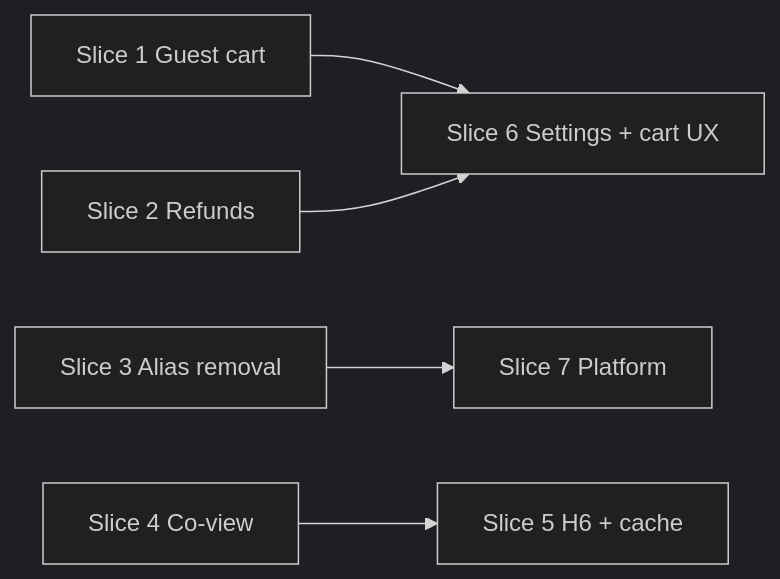
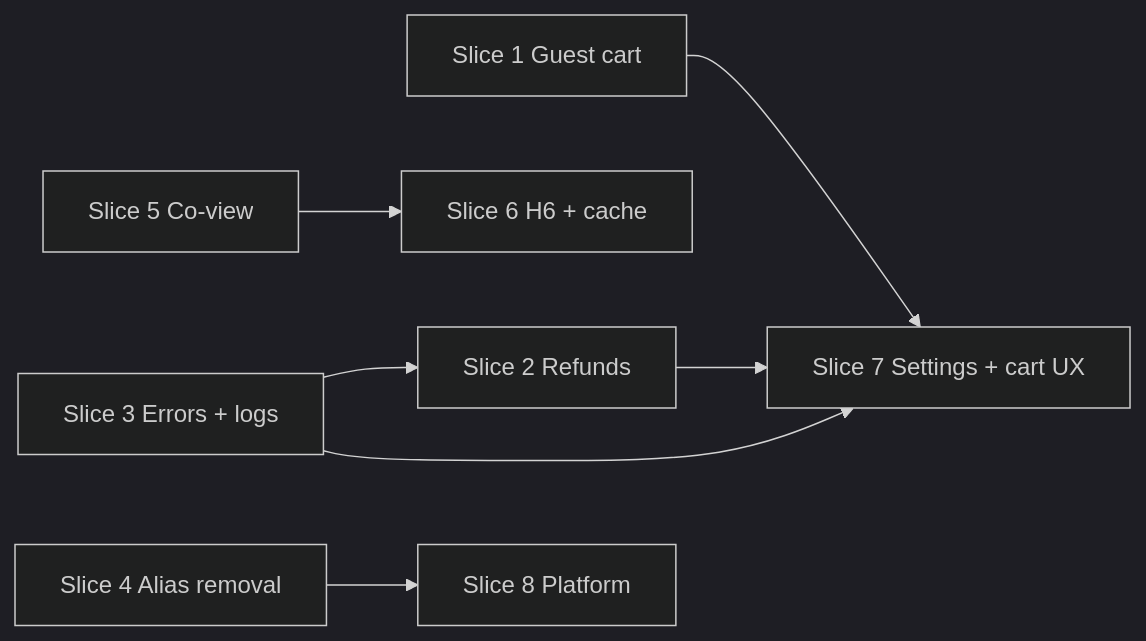
One commit to elug3/dupli1 changed the diagram in docs/v1.1-release-plan.md. Above: the diagram before and after it, drawn with Mermaid (dark theme). The commit also changed other lines of this file and 2 other files, not shown here.

First line of the commit message:
docs: add structured errors and logs to v1.1 plan

````diff
--- a/docs/v1.1-release-plan.md
+++ b/docs/v1.1-release-plan.md
@@ -192,15 +240,18 @@
 ```mermaid
 flowchart LR
   S1[Slice 1 Guest cart]
   S2[Slice 2 Refunds]
-  S3[Slice 3 Alias removal]
-  S4[Slice 4 Co-view]
-  S5[Slice 5 H6 + cache]
-  S6[Slice 6 Settings + cart UX]
-  S7[Slice 7 Platform]
+  S3[Slice 3 Errors + logs]
+  S4[Slice 4 Alias removal]
+  S5[Slice 5 Co-view]
+  S6[Slice 6 H6 + cache]
+  S7[Slice 7 Settings + cart UX]
+  S8[Slice 8 Platform]
 
-  S1 --> S6
-  S2 --> S6
+  S1 --> S7
+  S2 --> S7
+  S3 --> S2
   S3 --> S7
-  S4 --> S5
+  S4 --> S8
+  S5 --> S6
 ```
````
